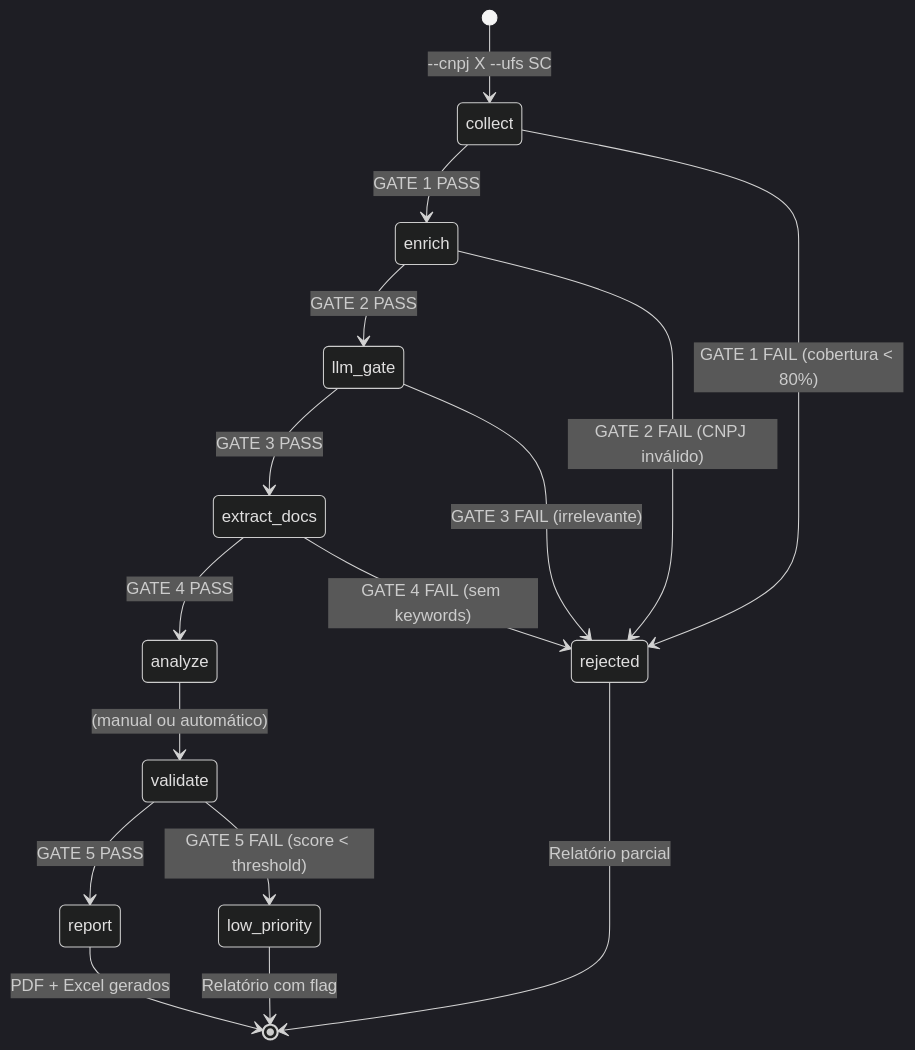
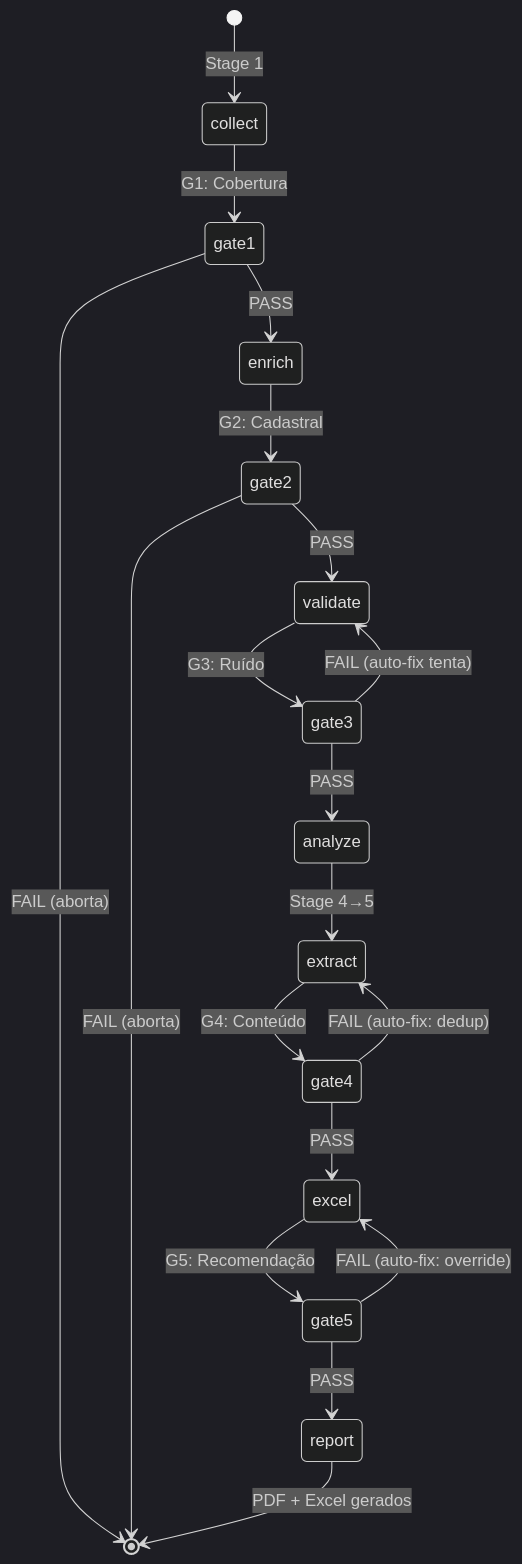
One commit to tjsasakifln/extra-cli changed the sixth of 6 diagrams in _reversa_sdd/state-machines.md. Above: the diagram before and after it, drawn with Mermaid (dark theme). The commit also changed other lines of this file and 215 other files, not shown here.

````diff
--- a/_reversa_sdd/state-machines.md
+++ b/_reversa_sdd/state-machines.md
@@ -141,20 +148,21 @@
 ```mermaid
 stateDiagram-v2
-    [*] --> collect: --cnpj X --ufs SC
-    collect --> enrich: GATE 1 PASS
-    enrich --> llm_gate: GATE 2 PASS
-    llm_gate --> extract_docs: GATE 3 PASS
-    extract_docs --> analyze: GATE 4 PASS
-    analyze --> validate: (manual ou automático)
-    validate --> report: GATE 5 PASS
-
-    collect --> rejected: GATE 1 FAIL (cobertura < 80%)
-    enrich --> rejected: GATE 2 FAIL (CNPJ inválido)
-    llm_gate --> rejected: GATE 3 FAIL (irrelevante)
-    extract_docs --> rejected: GATE 4 FAIL (sem keywords)
-    validate --> low_priority: GATE 5 FAIL (score < threshold)
-
+    [*] --> collect: Stage 1
+    collect --> gate1: G1: Cobertura
+    gate1 --> enrich: PASS
+    gate1 --> [*]: FAIL (aborta)
+    enrich --> gate2: G2: Cadastral
+    gate2 --> validate: PASS
+    gate2 --> [*]: FAIL (aborta)
+    validate --> gate3: G3: Ruído
+    gate3 --> analyze: PASS
+    gate3 --> validate: FAIL (auto-fix tenta)
+    analyze --> extract: Stage 4→5
+    extract --> gate4: G4: Conteúdo
+    gate4 --> excel: PASS
+    gate4 --> extract: FAIL (auto-fix: dedup)
+    excel --> gate5: G5: Recomendação
+    gate5 --> report: PASS
+    gate5 --> excel: FAIL (auto-fix: override)
     report --> [*]: PDF + Excel gerados
-    rejected --> [*]: Relatório parcial
-    low_priority --> [*]: Relatório com flag
 ```
````
